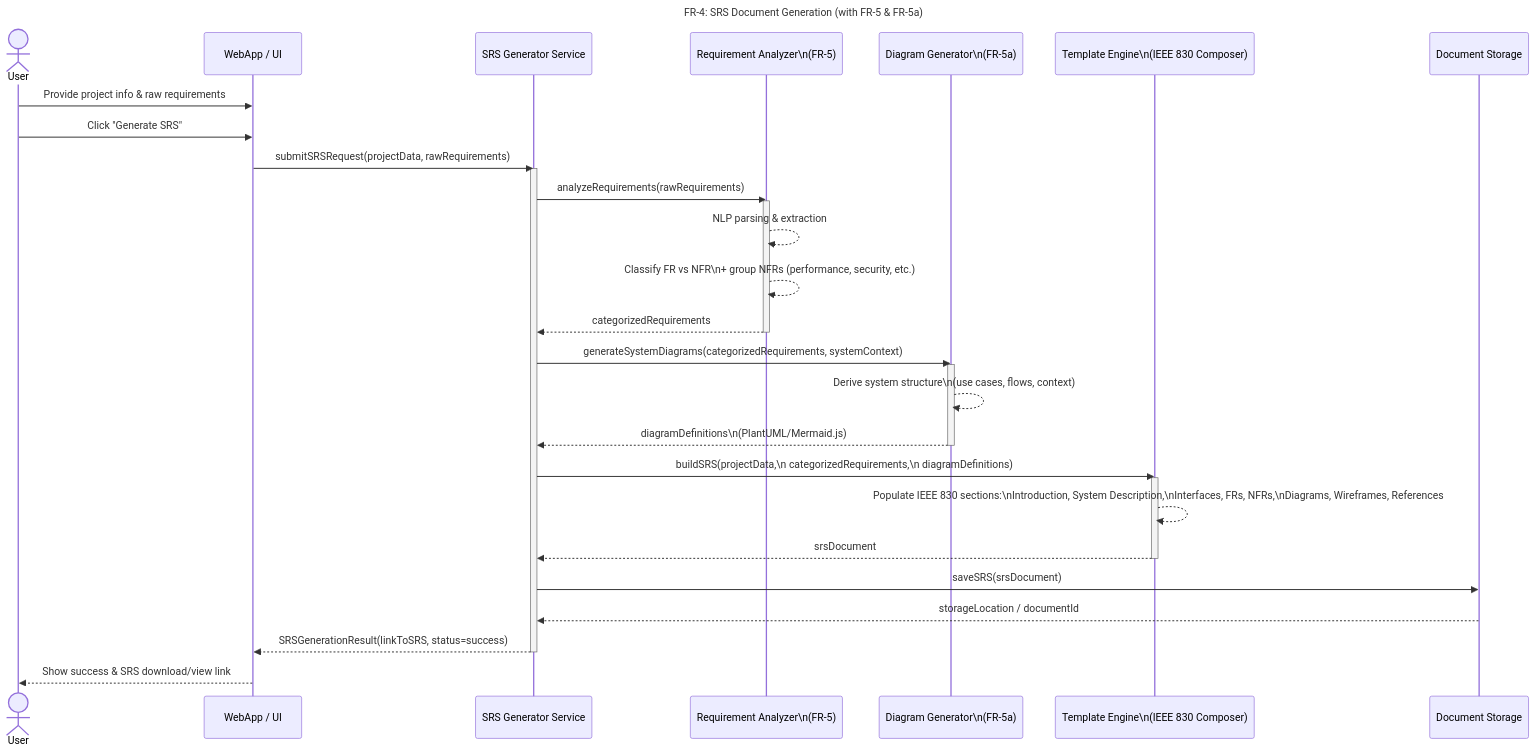
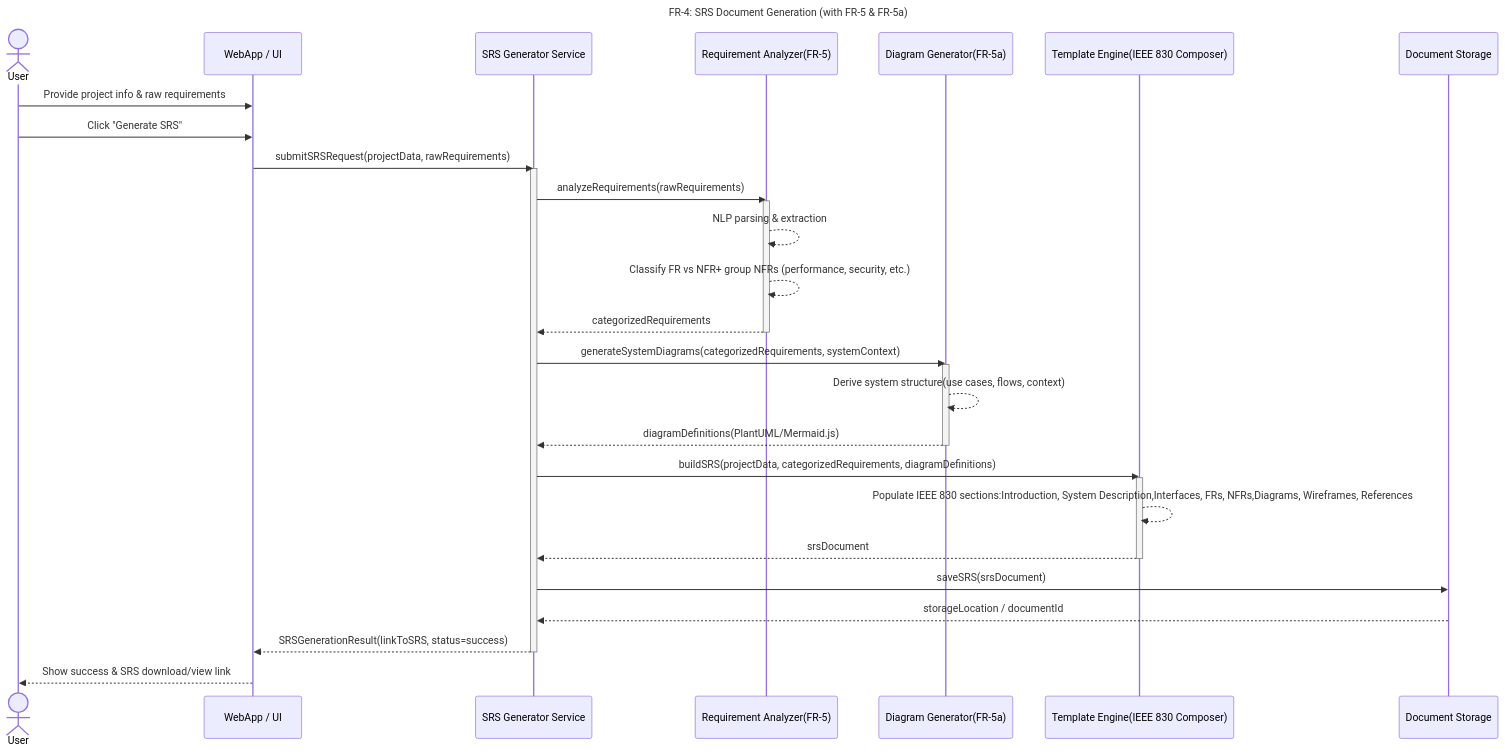
Before and after one commit to Ta1al/automated-SRS-generator: the diagram in documentation/sequence-fr4.md, drawn with Mermaid.

Commit message:
Refactor sequence diagram formatting for improved readability

````diff
--- a/documentation/sequence-fr4.md
+++ b/documentation/sequence-fr4.md
@@ -5,49 +5,49 @@
 ```mermaid
 sequenceDiagram
     title FR-4: SRS Document Generation (with FR-5 & FR-5a)
 
     actor User
     participant UI as WebApp / UI
     participant SRS as SRS Generator Service
-    participant Analyzer as Requirement Analyzer\n(FR-5)
-    participant Diagrams as Diagram Generator\n(FR-5a)
-    participant Template as Template Engine\n(IEEE 830 Composer)
+    participant Analyzer as Requirement Analyzer(FR-5)
+    participant Diagrams as Diagram Generator(FR-5a)
+    participant Template as Template Engine(IEEE 830 Composer)
     participant Storage as Document Storage
 
     %% Request SRS generation
     User->>UI: Provide project info & raw requirements
     User->>UI: Click "Generate SRS"
     UI->>SRS: submitSRSRequest(projectData, rawRequirements)
     activate SRS
 
     %% Extract & categorize requirements (FR-5)
     SRS->>Analyzer: analyzeRequirements(rawRequirements)
     activate Analyzer
     Analyzer-->>Analyzer: NLP parsing & extraction
-    Analyzer-->>Analyzer: Classify FR vs NFR\n+ group NFRs (performance, security, etc.)
+    Analyzer-->>Analyzer: Classify FR vs NFR+ group NFRs (performance, security, etc.)
     Analyzer-->>SRS: categorizedRequirements
     deactivate Analyzer
 
     %% Generate diagrams (FR-5a)
     SRS->>Diagrams: generateSystemDiagrams(categorizedRequirements, systemContext)
     activate Diagrams
-    Diagrams-->>Diagrams: Derive system structure\n(use cases, flows, context)
-    Diagrams-->>SRS: diagramDefinitions\n(PlantUML/Mermaid.js)
+    Diagrams-->>Diagrams: Derive system structure(use cases, flows, context)
+    Diagrams-->>SRS: diagramDefinitions(PlantUML/Mermaid.js)
     deactivate Diagrams
 
     %% Assemble IEEE 830-compliant SRS (FR-4)
-    SRS->>Template: buildSRS(projectData,\n categorizedRequirements,\n diagramDefinitions)
+    SRS->>Template: buildSRS(projectData, categorizedRequirements, diagramDefinitions)
     activate Template
-    Template-->>Template: Populate IEEE 830 sections:\nIntroduction, System Description,\nInterfaces, FRs, NFRs,\nDiagrams, Wireframes, References
+    Template-->>Template: Populate IEEE 830 sections:Introduction, System Description,Interfaces, FRs, NFRs,Diagrams, Wireframes, References
     Template-->>SRS: srsDocument
     deactivate Template
 
     %% Store and deliver document
     SRS->>Storage: saveSRS(srsDocument)
     Storage-->>SRS: storageLocation / documentId
 
     SRS-->>UI: SRSGenerationResult(linkToSRS, status=success)
     deactivate SRS
 
     UI-->>User: Show success & SRS download/view link
 ```
````
